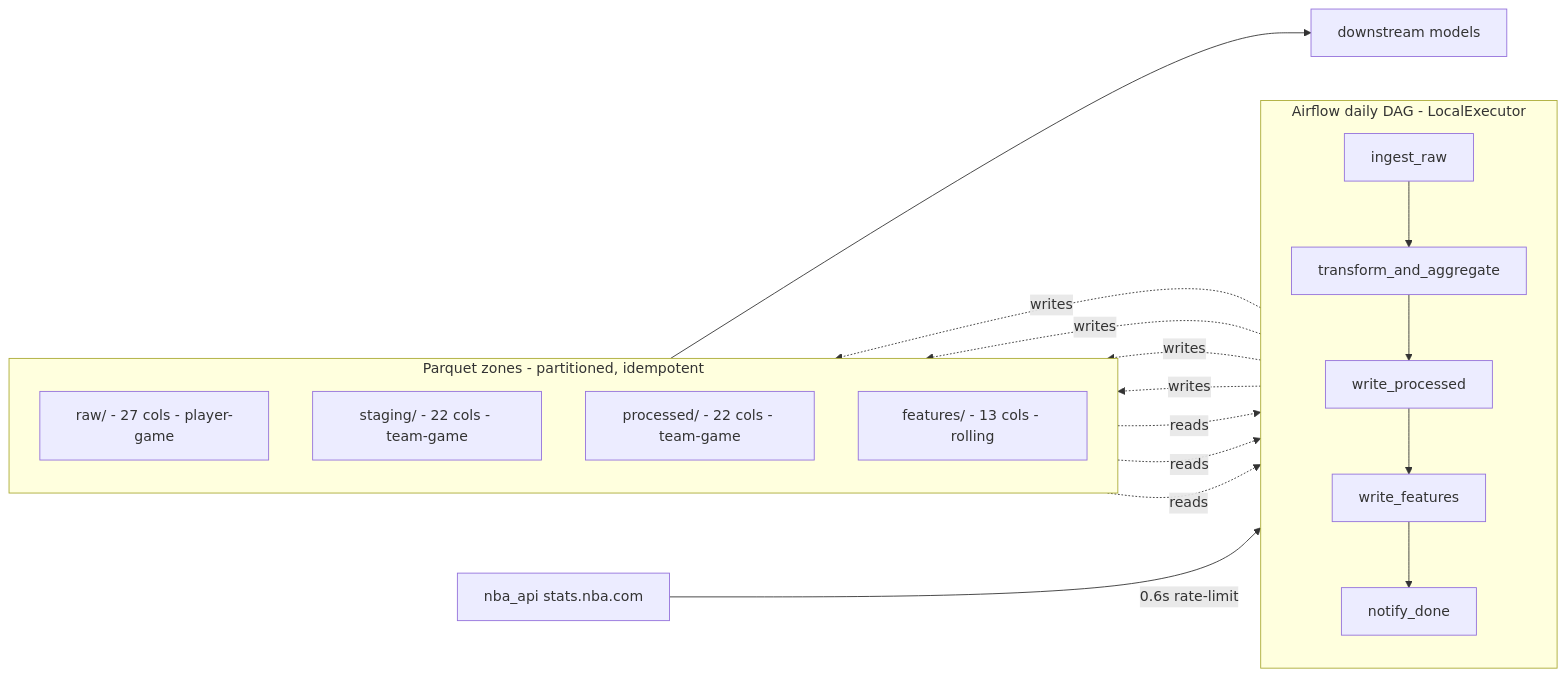
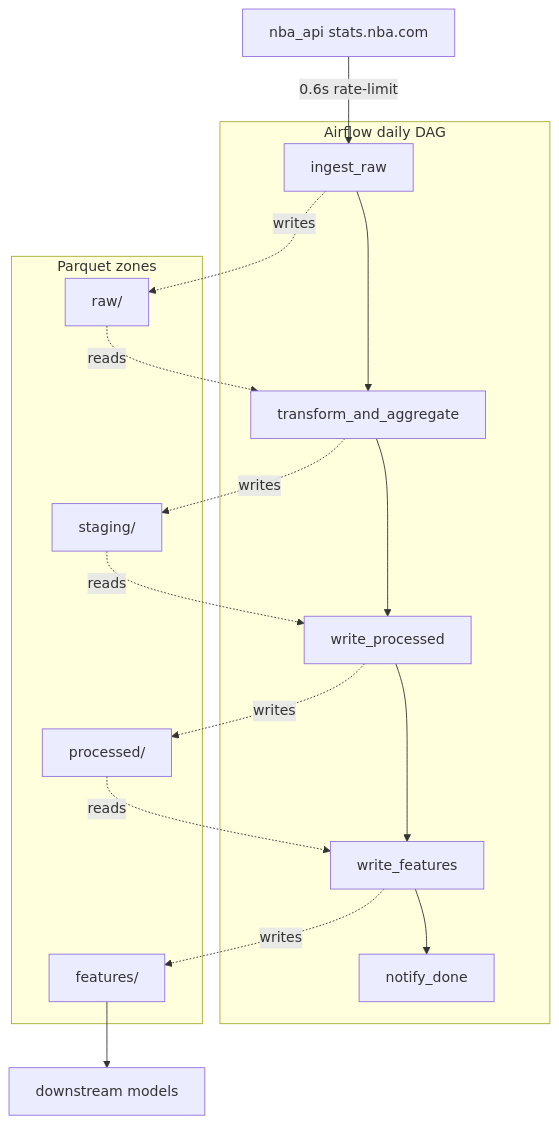
Before and after one commit to tjromack/nba-parquet: the diagram in README.md, drawn with Mermaid. The commit also changed other lines of this file, not shown here.

Commit message:
Tighten Mermaid diagram: TD layout, simpler node labels
Two layout fixes after the previous diagram rendered correctly but
with usability issues on GitHub:

- Nodes labels like "raw/ - 27 cols - player-game" were getting
  truncated mid-word ("team-ga", "team-") because Mermaid auto-sizes
  nodes too tightly for the dash-separated text. Dropped the
  descriptions from node labels - the schema dimensions table
  immediately below the diagram already lists col counts, row grain,
  and partitioning per layer.
- direction TB inside subgraph blocks was being ignored by GitHub's
  Mermaid renderer, which sprawled the diagram horizontally and
  forced sideways scrolling. Switched the parent layout to
  flowchart TD (top-down) so source -> DAG -> zones -> downstream
  stacks naturally without scrolling.

Same logical structure, just rendered cleaner.

````diff
--- a/README.md
+++ b/README.md
@@ -50,34 +50,32 @@
 ```mermaid
-flowchart LR
+flowchart TD
     api[nba_api stats.nba.com]
 
-    subgraph DAG[Airflow daily DAG - LocalExecutor]
-        direction TB
+    subgraph DAG[Airflow daily DAG]
         t1[ingest_raw]
         t2[transform_and_aggregate]
         t3[write_processed]
         t4[write_features]
         t5[notify_done]
         t1 --> t2 --> t3 --> t4 --> t5
     end
 
-    subgraph LAKE[Parquet zones - partitioned, idempotent]
-        direction TB
-        raw[raw/ - 27 cols - player-game]
-        stage[staging/ - 22 cols - team-game]
-        proc[processed/ - 22 cols - team-game]
-        feat[features/ - 13 cols - rolling]
+    subgraph LAKE[Parquet zones]
+        raw[raw/]
+        stage[staging/]
+        proc[processed/]
+        feat[features/]
     end
 
     model[downstream models]
 
     api -->|0.6s rate-limit| t1
     t1 -.->|writes| raw
     raw -.->|reads| t2
     t2 -.->|writes| stage
     stage -.->|reads| t3
     t3 -.->|writes| proc
     proc -.->|reads| t4
     t4 -.->|writes| feat
     feat --> model
 ```
````
